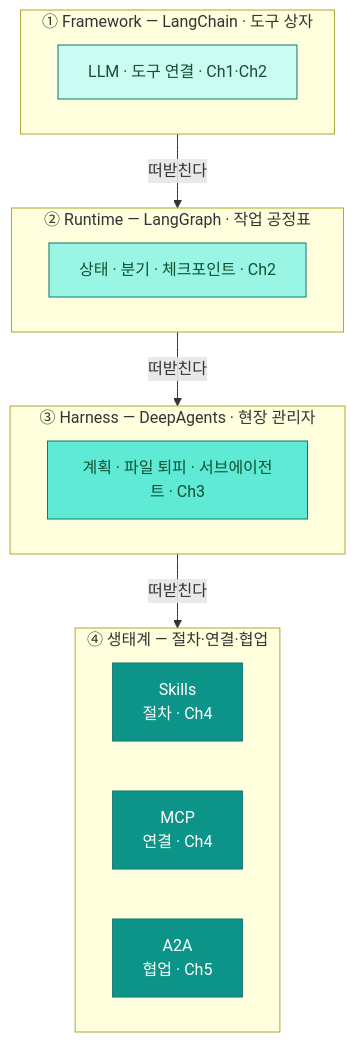
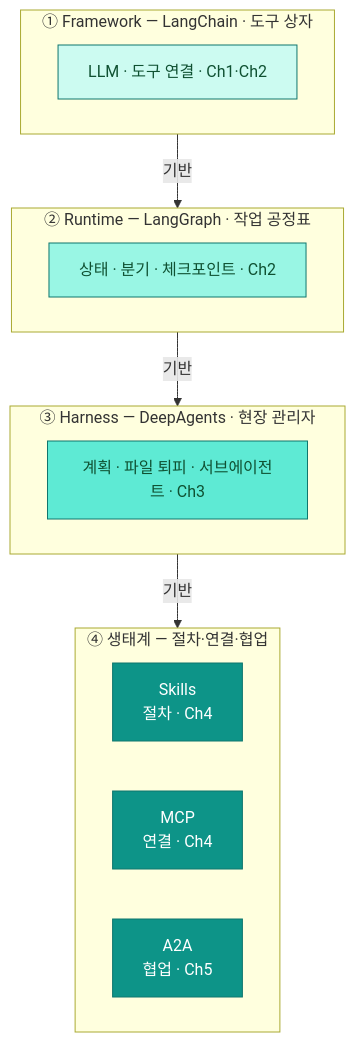
The third of 4 diagrams in books/md/Chapter 6. 통합 Demo와 Wrap-up.md (Yo-sure/deepagents-handson), drawn with Mermaid before and after one commit. The commit also changed other lines of this file and 6 other files, not shown here.

````diff
--- a/books/md/Chapter 6. 통합 Demo와 Wrap-up.md
+++ b/books/md/Chapter 6. 통합 Demo와 Wrap-up.md
@@ -292,23 +292,23 @@
 ```mermaid
 flowchart TB
   subgraph L4 ["④ 생태계 — 절차·연결·협업"]
     direction LR
     SK["Skills<br/>절차 · Ch4"]:::eco
     MC["MCP<br/>연결 · Ch4"]:::eco
     A2["A2A<br/>협업 · Ch5"]:::eco
   end
   subgraph L3 ["③ Harness — DeepAgents · 현장 관리자"]
     H["계획 · 파일 퇴피 · 서브에이전트 · Ch3"]:::harness
   end
   subgraph L2 ["② Runtime — LangGraph · 작업 공정표"]
     R["상태 · 분기 · 체크포인트 · Ch2"]:::run
   end
   subgraph L1 ["① Framework — LangChain · 도구 상자"]
     F["LLM · 도구 연결 · Ch1·Ch2"]:::fw
   end
-  L1 -->|떠받친다| L2 -->|떠받친다| L3 -->|떠받친다| L4
+  L1 -->|기반| L2 -->|기반| L3 -->|기반| L4
   classDef eco fill:#0d9488,stroke:#0f766e,color:#fff;
   classDef harness fill:#5eead4,stroke:#0f766e,color:#0f5132;
   classDef run fill:#99f6e4,stroke:#0f766e,color:#0f5132;
   classDef fw fill:#ccfbf1,stroke:#0f766e,color:#0f5132;
 ```
````
